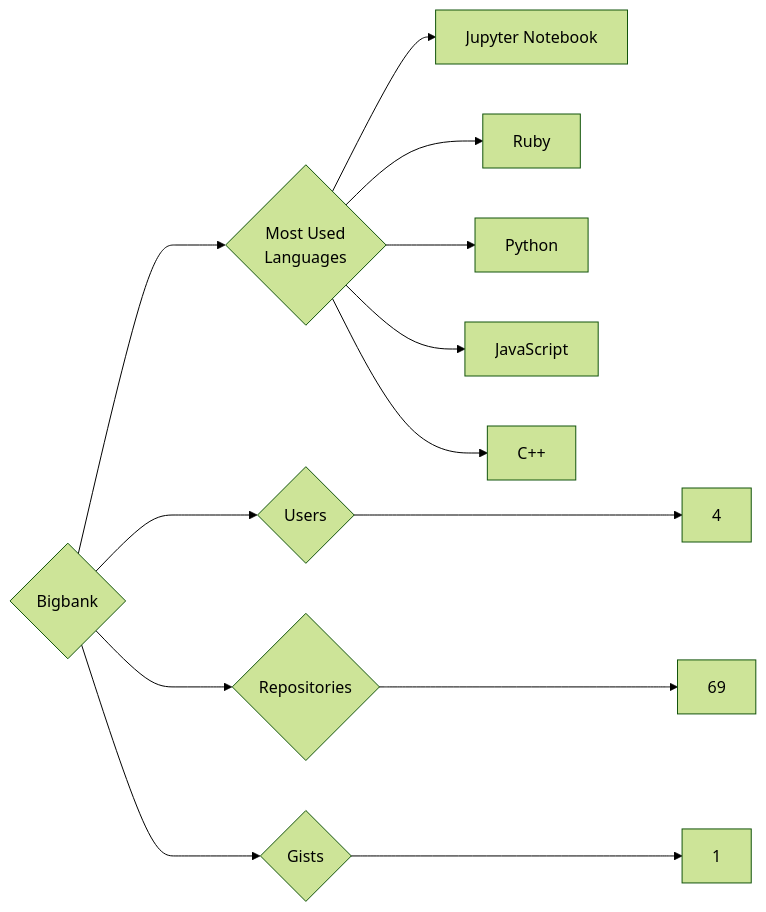
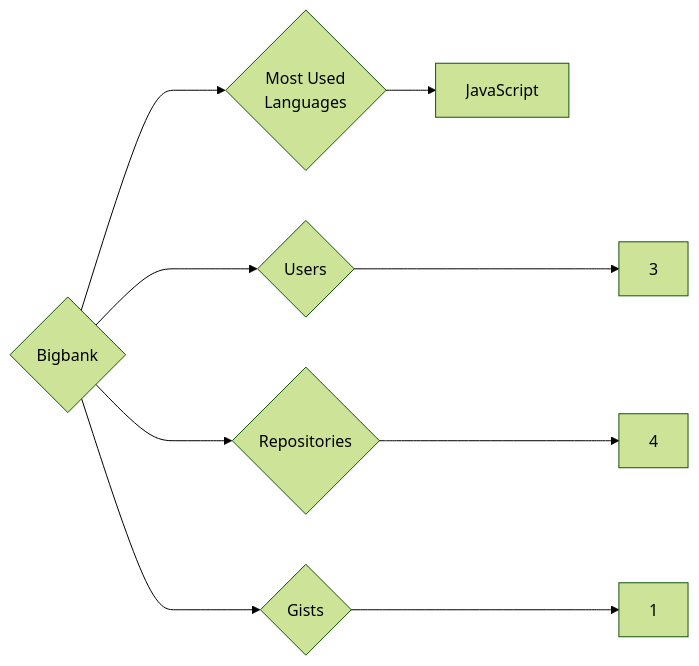
One commit to trickest/insiders changed the diagram in targets/Bigbank/README.md. Above: the diagram before and after it, drawn with Mermaid (forest theme). The commit also changed 894 other files, not shown here.

````diff
--- a/targets/Bigbank/README.md
+++ b/targets/Bigbank/README.md
@@ -3,13 +3,9 @@
 ```mermaid
 graph LR
 COMPANY_NAME{Bigbank}
-COMPANY_NAME ---> U{Users} ---> UN[4]
-COMPANY_NAME ---> R{Repositories} ---> RN[69]
+COMPANY_NAME ---> U{Users} ---> UN[3]
+COMPANY_NAME ---> R{Repositories} ---> RN[4]
 COMPANY_NAME ---> G{Gists} ---> GN[1]
 COMPANY_NAME ---> ML{Most Used<br>Languages}
-ML --> Jupyter_Notebook[Jupyter Notebook]
-ML --> Ruby[Ruby]
-ML --> Python[Python]
 ML --> JavaScript[JavaScript]
-ML --> C++[C++]
 ```
````
